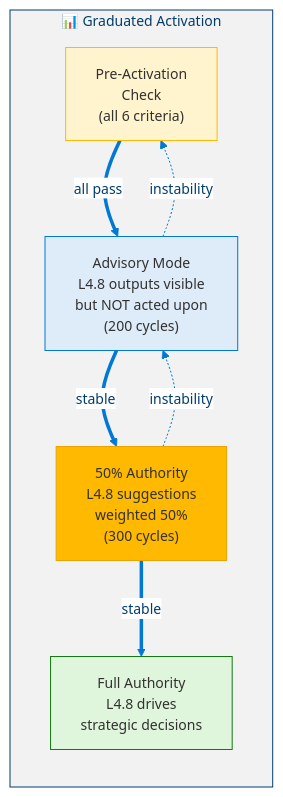
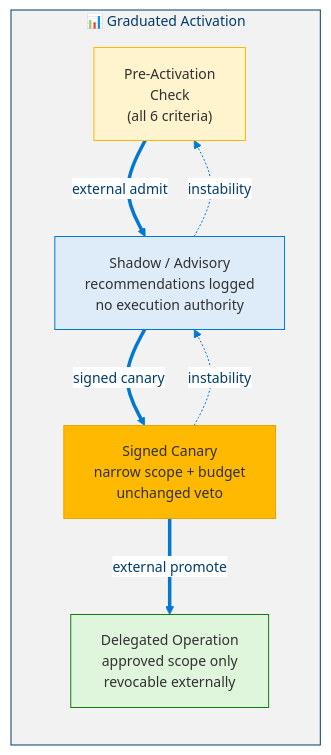
One commit to dotnetpower/mscp changed diagram 16 of 17 in docs/levels/Level_4_8_Strategic_Self_Modeling.md. Above: the diagram before and after it, drawn with Mermaid. The commit also changed other lines of this file and 21 other files, not shown here.

````diff
--- a/docs/levels/Level_4_8_Strategic_Self_Modeling.md
+++ b/docs/levels/Level_4_8_Strategic_Self_Modeling.md
@@ -1128,22 +1141,22 @@
 ```mermaid
 %%{init: {'theme': 'base', 'themeVariables': {'primaryColor': '#0078D4', 'primaryTextColor': '#003D6B', 'primaryBorderColor': '#003D6B', 'secondaryColor': '#50E6FF', 'secondaryTextColor': '#323130', 'secondaryBorderColor': '#00BCF2', 'tertiaryColor': '#F2F2F2', 'tertiaryTextColor': '#323130', 'lineColor': '#0078D4', 'textColor': '#323130', 'mainBkg': '#DEECF9', 'nodeBorder': '#0078D4', 'clusterBkg': '#F2F2F2', 'clusterBorder': '#003D6B', 'titleColor': '#003D6B', 'edgeLabelBackground': '#FFFFFF', 'fontSize': '14px'}}}%%
 flowchart LR
   classDef check fill:#FFF4CE,stroke:#FFB900,color:#323130
   classDef advisory fill:#DEECF9,stroke:#0078D4,color:#323130
   classDef half fill:#FFB900,stroke:#EAA300,color:#323130
   classDef full fill:#DFF6DD,stroke:#107C10,color:#323130
 
   subgraph Activation["📊 Graduated Activation"]
     CHECK["Pre-Activation<br/>Check<br/>(all 6 criteria)"]:::check
-    ADV["Advisory Mode<br/>L4.8 outputs visible<br/>but NOT acted upon<br/>(200 cycles)"]:::advisory
-    HALF["50% Authority<br/>L4.8 suggestions<br/>weighted 50%<br/>(300 cycles)"]:::half
-    FULL["Full Authority<br/>L4.8 drives<br/>strategic decisions"]:::full
+    ADV["Shadow / Advisory<br/>recommendations logged<br/>no execution authority"]:::advisory
+    HALF["Signed Canary<br/>narrow scope + budget<br/>unchanged veto"]:::half
+    FULL["Delegated Operation<br/>approved scope only<br/>revocable externally"]:::full
 
-    CHECK ==>|"all pass"| ADV
-    ADV ==>|"stable"| HALF
-    HALF ==>|"stable"| FULL
+    CHECK ==>|"external admit"| ADV
+    ADV ==>|"signed canary"| HALF
+    HALF ==>|"external promote"| FULL
   end
 
   ADV -.->|"instability"| CHECK
   HALF -.->|"instability"| ADV
 ```
````
